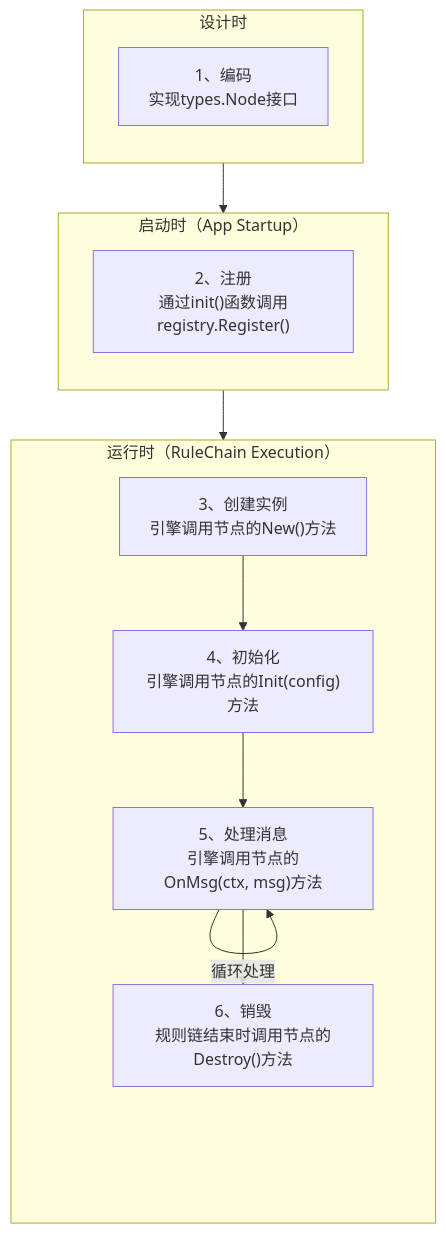
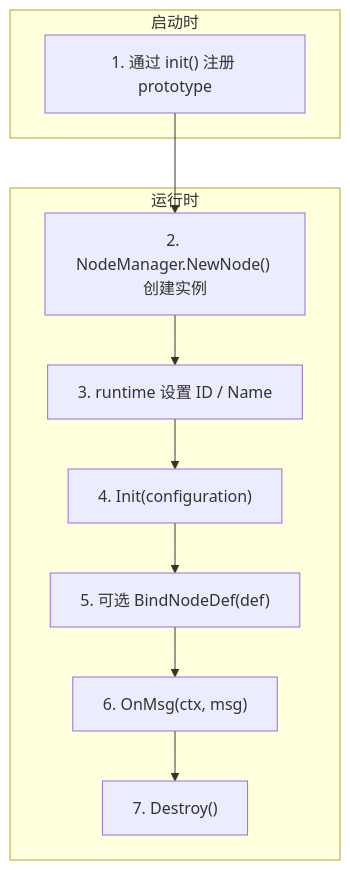
Before and after one commit to neohetj/matrix: the diagram in docs/reference/12_node_specification.md, drawn with Mermaid. The commit also changed other lines of this file and 97 other files, not shown here.

````diff
--- a/docs/reference/12_node_specification.md
+++ b/docs/reference/12_node_specification.md
@@ -37,27 +37,17 @@
 ```mermaid
 flowchart TD
-    subgraph "设计时"
-        direction TB
-        code["1、编码<br/>实现types.Node接口"]
+    subgraph "启动时"
+        register["1. 通过 init() 注册 prototype"]
     end
 
-    subgraph "启动时（App Startup）"
-        direction TB
-        register["2、注册<br/>通过init()函数调用registry.Register()"]
-        code --> register
+    subgraph "运行时"
+        create["2. NodeManager.NewNode() 创建实例"]
+        setMeta["3. runtime 设置 ID / Name"]
+        init["4. Init(configuration)"]
+        bind["5. 可选 BindNodeDef(def)"]
+        onMsg["6. OnMsg(ctx, msg)"]
+        destroy["7. Destroy()"]
     end
 
-    subgraph "运行时（RuleChain Execution）"
-        direction TB
-        create["3、创建实例<br/>引擎调用节点的New()方法"]
-        init["4、初始化<br/>引擎调用节点的Init(config)方法"]
-        process["5、处理消息<br/>引擎调用节点的OnMsg(ctx, msg)方法"]
-        destroy["6、销毁<br/>规则链结束时调用节点的Destroy()方法"]
-        
-        register --> create
-        create --> init
-        init --> process
-        process -- 循环处理 --> process
-        process --> destroy
-    end
+    register --> create --> setMeta --> init --> bind --> onMsg --> destroy
 ```
````
